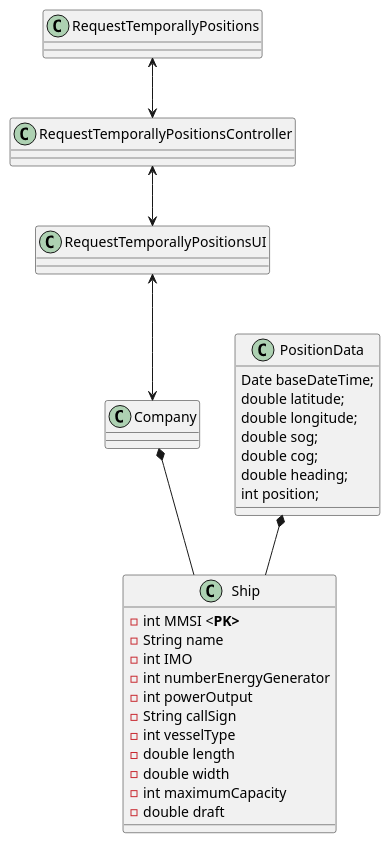
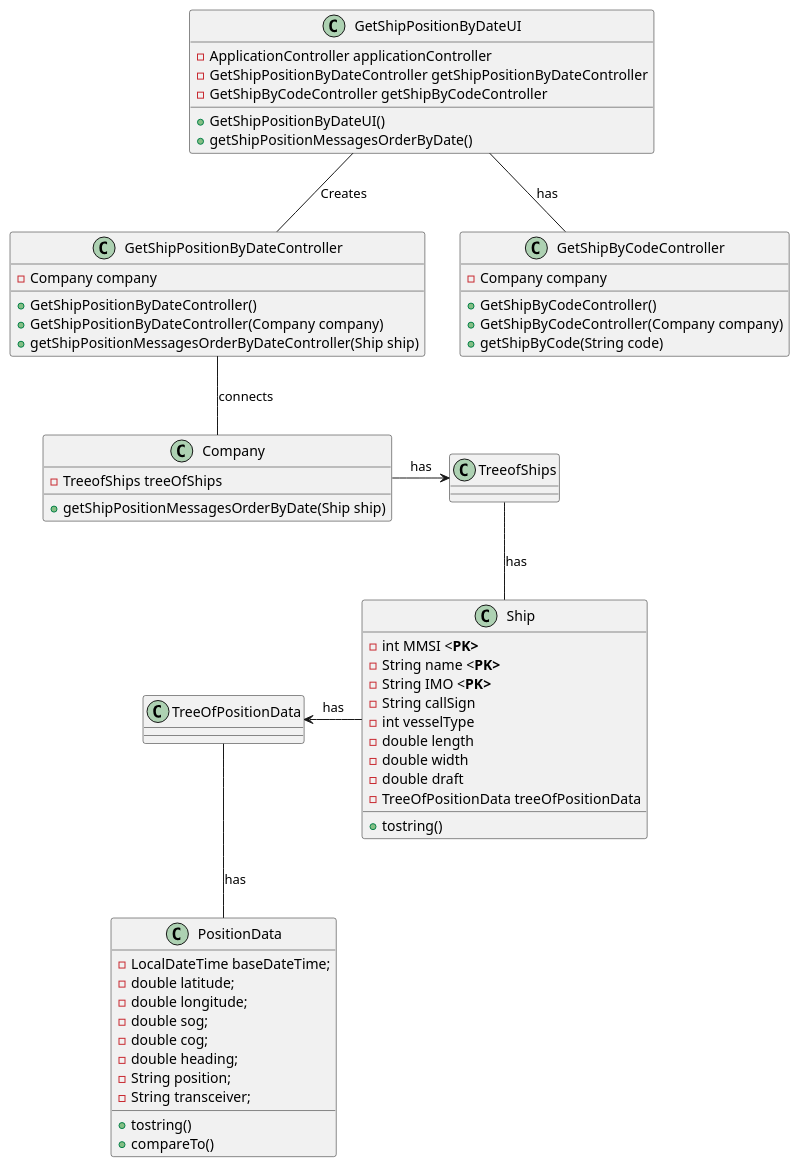
One commit to LourencoMelo/ISEP-LAPR3-ESINF changed the diagram in Docs/Sprint1/US103/cd.puml. Above: the diagram before and after it, drawn with PlantUML. The commit also changed 6 other files, not shown here.

```diff
--- a/Docs/Sprint1/US103/cd.puml
+++ b/Docs/Sprint1/US103/cd.puml
@@ -1,49 +1,75 @@
 @startuml
 
-class RequestTemporallyPositions{
+class GetShipPositionByDateController{
+    -Company company
+    +GetShipPositionByDateController()
+    +GetShipPositionByDateController(Company company)
+    +getShipPositionMessagesOrderByDateController(Ship ship)
+}
+
+class GetShipPositionByDateUI{
+    -ApplicationController applicationController
+    -GetShipPositionByDateController getShipPositionByDateController
+    -GetShipByCodeController getShipByCodeController
+    +GetShipPositionByDateUI()
+    +getShipPositionMessagesOrderByDate()
 
 }
 
-class RequestTemporallyPositionsController{
-
-}
-
-class RequestTemporallyPositionsUI{
-
+class GetShipByCodeController{
+    -Company company
+    +GetShipByCodeController()
+    +GetShipByCodeController(Company company)
+    +getShipByCode(String code)
 }
 
 class Ship {
     -int MMSI <<b>PK>
-    -String name
-    -int IMO
-    -int numberEnergyGenerator
-    -int powerOutput
+    -String name <<b>PK>
+    -String IMO <<b>PK>
     -String callSign
     -int vesselType
     -double length
     -double width
-    -int maximumCapacity
     -double draft
+    -TreeOfPositionData treeOfPositionData
+
+    +tostring()
 }
 
 class PositionData{
-    Date baseDateTime;
-    double latitude;
-    double longitude;
-    double sog;
-    double cog;
-    double heading;
-    int position;
+    -LocalDateTime baseDateTime;
+    -double latitude;
+    -double longitude;
+    -double sog;
+    -double cog;
+    -double heading;
+    -String position;
+    -String transceiver;
+
+    +tostring()
+    +compareTo()
 }
 
 class Company {
+    -TreeofShips treeOfShips
+    +getShipPositionMessagesOrderByDate(Ship ship)
+}
+
+class TreeofShips{
 
 }
 
-RequestTemporallyPositions <--> RequestTemporallyPositionsController
-RequestTemporallyPositionsController <--> RequestTemporallyPositionsUI
-RequestTemporallyPositionsUI <--> Company
-Company *-- Ship
-PositionData *-- Ship
+class TreeOfPositionData{
+
+}
+
+Company -right-> TreeofShips :has
+TreeofShips -- Ship : has
+Ship -left-> TreeOfPositionData : has
+TreeOfPositionData -- PositionData :has
+GetShipPositionByDateUI -- GetShipPositionByDateController : Creates
+GetShipPositionByDateUI --GetShipByCodeController : has
+GetShipPositionByDateController -- Company : connects
 
 @enduml
```
